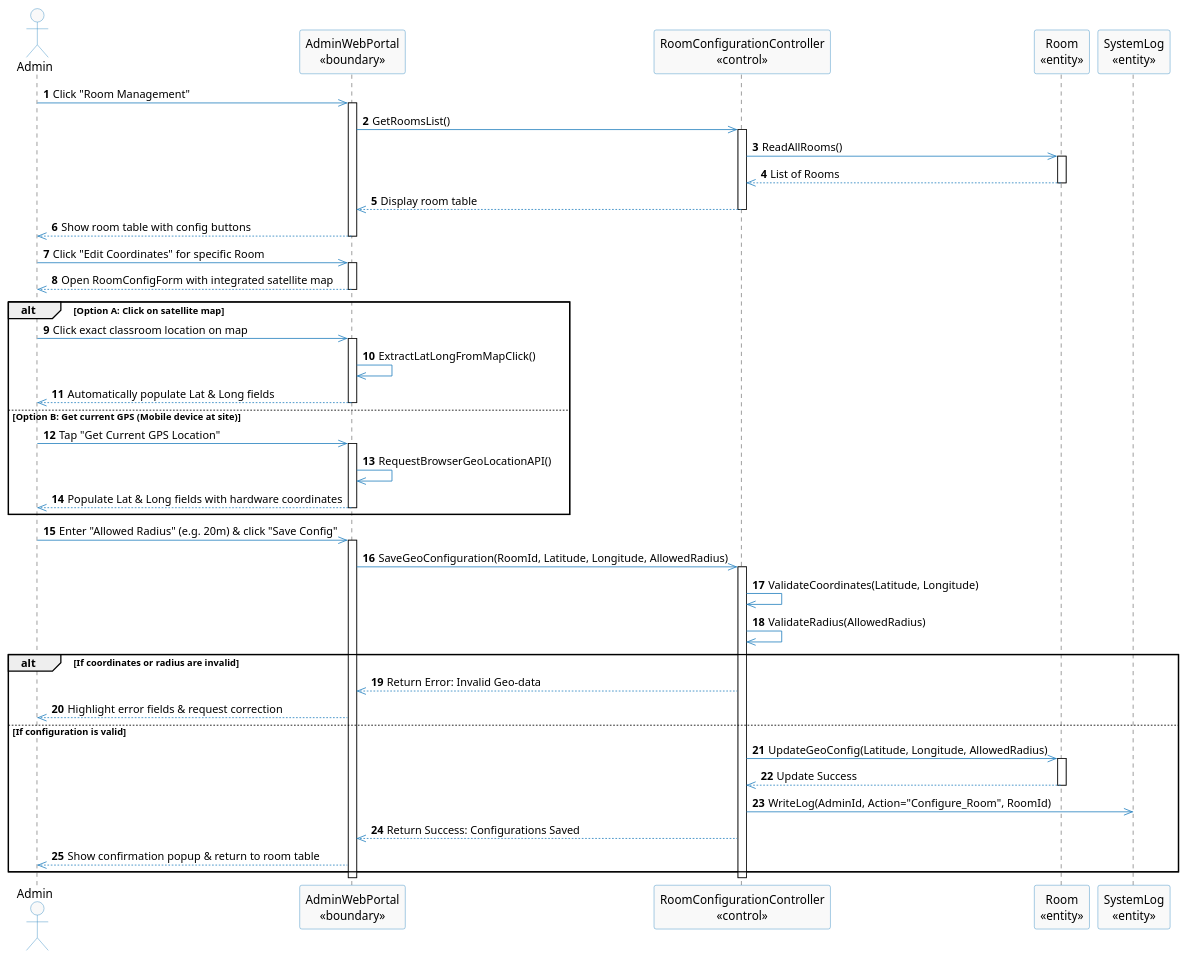
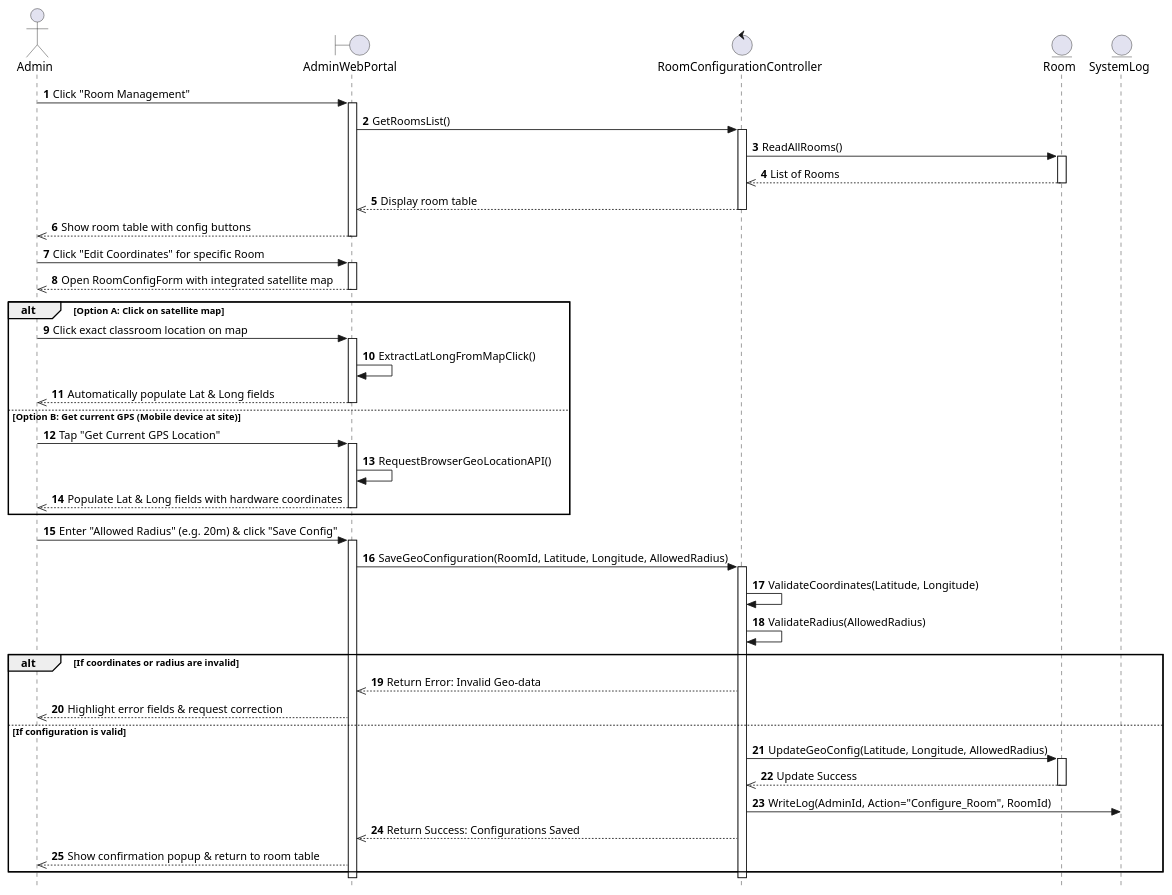
Before and after one commit to nttung42/SWD392: diagram 26 of 31 in MainDocs/AFAS_RDS_Document_Part1B_Analysis_models.md, drawn with PlantUML. The commit also changed other lines of this file, not shown here.

Commit message:
docs: refactor sequence diagrams to use strict UML/BCE and add message description tables

````diff
--- a/MainDocs/AFAS_RDS_Document_Part1B_Analysis_models.md
+++ b/MainDocs/AFAS_RDS_Document_Part1B_Analysis_models.md
@@ -1224,73 +1464,69 @@
 ```plantuml
 @startuml UC11_Sequence_Diagram
+skinparam style strictuml
 autonumber
-skinparam ParticipantBackgroundColor #F9F9F9
-skinparam ParticipantBorderColor #2E86C1
-skinparam ActorBackgroundColor #F9F9F9
-skinparam ActorBorderColor #2E86C1
-skinparam ArrowColor #2E86C1
 
 actor AD as "Admin"
-participant AWP as "AdminWebPortal\n«boundary»"
-participant RCC as "RoomConfigurationController\n«control»"
-participant R as "Room\n«entity»"
-participant SL as "SystemLog\n«entity»"
+boundary AWP as "AdminWebPortal"
+control RCC as "RoomConfigurationController"
+entity R as "Room"
+entity SL as "SystemLog"
 
-AD->>AWP: Click "Room Management"
+AD->AWP: Click "Room Management"
 activate AWP
-AWP->>RCC: GetRoomsList()
+AWP->RCC: GetRoomsList()
 activate RCC
-RCC->>R: ReadAllRooms()
+RCC->R: ReadAllRooms()
 activate R
 R-->>RCC: List of Rooms
 deactivate R
 RCC-->>AWP: Display room table
 deactivate RCC
 AWP-->>AD: Show room table with config buttons
 deactivate AWP
 
-AD->>AWP: Click "Edit Coordinates" for specific Room
+AD->AWP: Click "Edit Coordinates" for specific Room
 activate AWP
 AWP-->>AD: Open RoomConfigForm with integrated satellite map
 deactivate AWP
 
 alt Option A: Click on satellite map
-    AD->>AWP: Click exact classroom location on map
+    AD->AWP: Click exact classroom location on map
     activate AWP
-    AWP->>AWP: ExtractLatLongFromMapClick()
+    AWP->AWP: ExtractLatLongFromMapClick()
     AWP-->>AD: Automatically populate Lat & Long fields
     deactivate AWP
 else Option B: Get current GPS (Mobile device at site)
-    AD->>AWP: Tap "Get Current GPS Location"
+    AD->AWP: Tap "Get Current GPS Location"
     activate AWP
-    AWP->>AWP: RequestBrowserGeoLocationAPI()
+    AWP->AWP: RequestBrowserGeoLocationAPI()
     AWP-->>AD: Populate Lat & Long fields with hardware coordinates
     deactivate AWP
 end
 
-AD->>AWP: Enter "Allowed Radius" (e.g. 20m) & click "Save Config"
+AD->AWP: Enter "Allowed Radius" (e.g. 20m) & click "Save Config"
 activate AWP
-AWP->>RCC: SaveGeoConfiguration(RoomId, Latitude, Longitude, AllowedRadius)
+AWP->RCC: SaveGeoConfiguration(RoomId, Latitude, Longitude, AllowedRadius)
 activate RCC
 
-RCC->>RCC: ValidateCoordinates(Latitude, Longitude)
-RCC->>RCC: ValidateRadius(AllowedRadius)
+RCC->RCC: ValidateCoordinates(Latitude, Longitude)
+RCC->RCC: ValidateRadius(AllowedRadius)
 
 alt If coordinates or radius are invalid
     RCC-->>AWP: Return Error: Invalid Geo-data
     AWP-->>AD: Highlight error fields & request correction
 else If configuration is valid
-    RCC->>R: UpdateGeoConfig(Latitude, Longitude, AllowedRadius)
+    RCC->R: UpdateGeoConfig(Latitude, Longitude, AllowedRadius)
     activate R
     R-->>RCC: Update Success
     deactivate R
     
-    RCC->>SL: WriteLog(AdminId, Action="Configure_Room", RoomId)
+    RCC->SL: WriteLog(AdminId, Action="Configure_Room", RoomId)
     
     RCC-->>AWP: Return Success: Configurations Saved
     AWP-->>AD: Show confirmation popup & return to room table
 end
 deactivate RCC
 deactivate AWP
 @enduml
 ```
````
